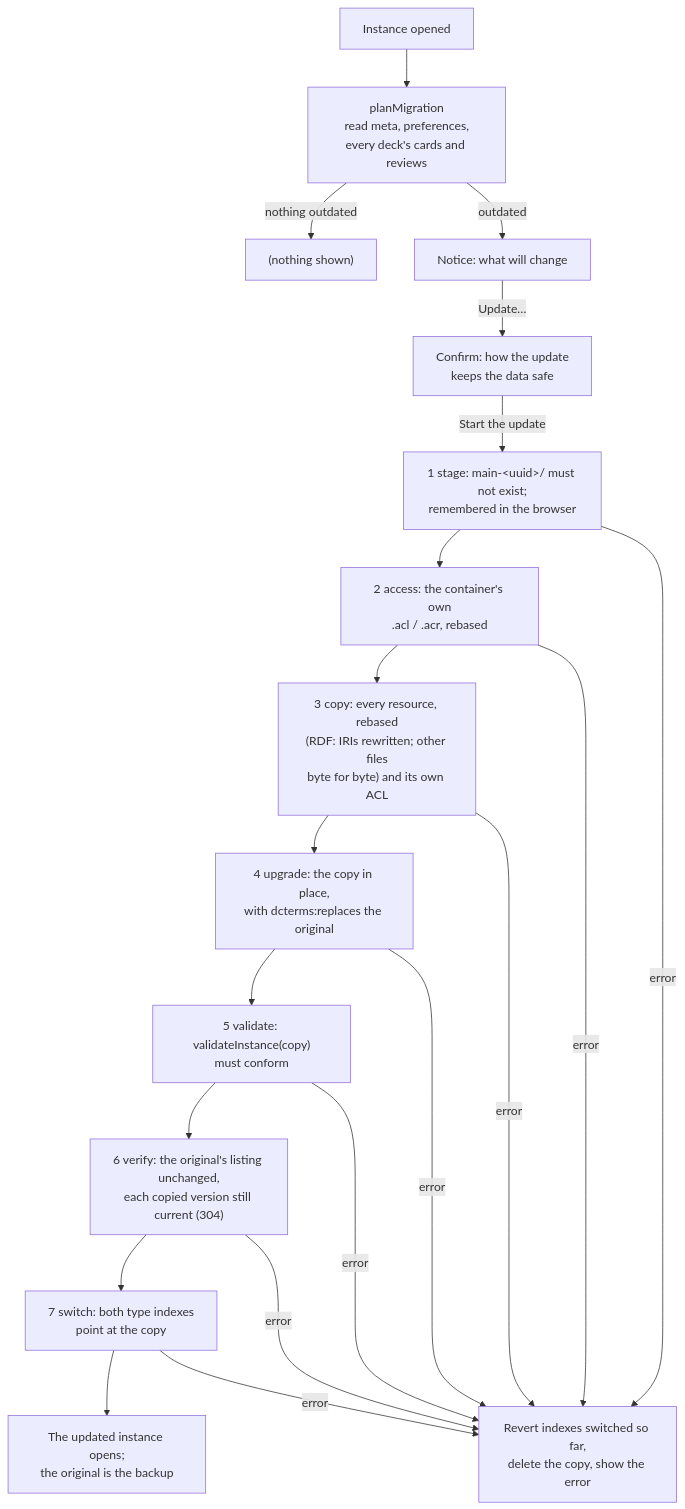
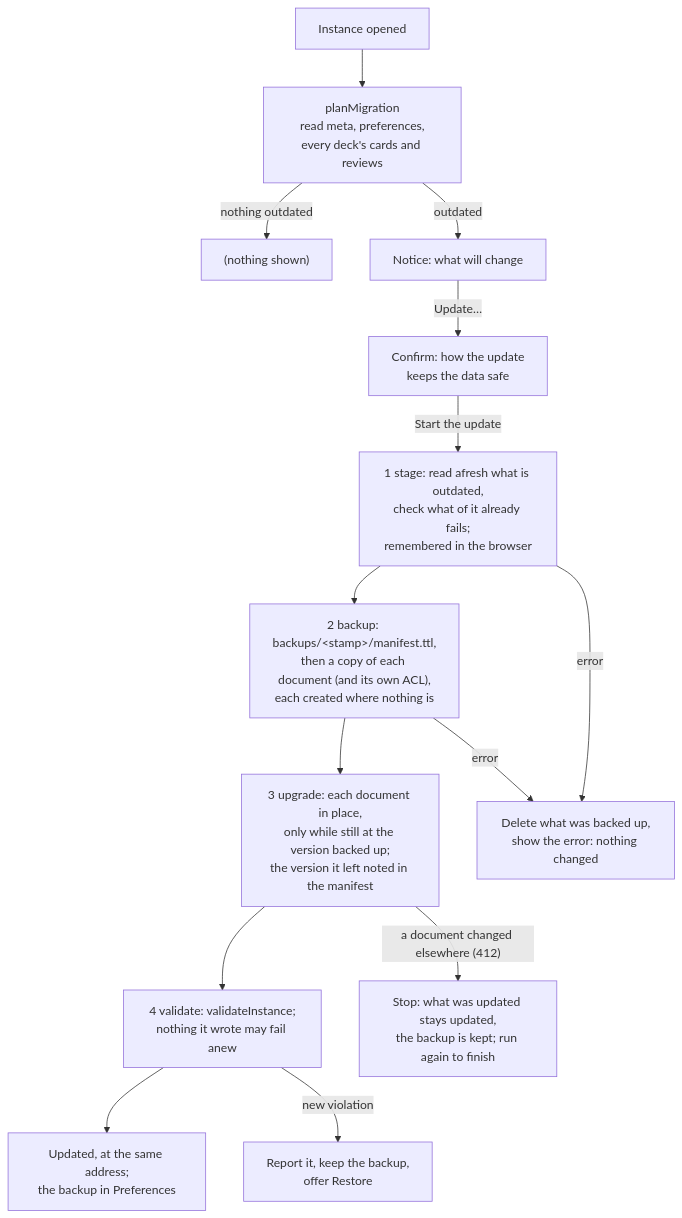
One commit to solid-memo/website changed the second of 3 diagrams in docs/migrations.md. Above: the diagram before and after it, drawn with Mermaid. The commit also changed other lines of this file and 84 other files, not shown here.

First line of the commit message:
Update an instance and upgrade a deck in place, keeping every URL

````diff
--- a/docs/migrations.md
+++ b/docs/migrations.md
@@ -250,16 +292,15 @@
 ```mermaid
 flowchart TD
     open["Instance opened"] --> plan["planMigration<br/>read meta, preferences,<br/>every deck's cards and reviews"]
     plan -->|nothing outdated| quiet["(nothing shown)"]
     plan -->|outdated| notice["Notice: what will change"]
     notice -->|Update…| confirm["Confirm: how the update<br/>keeps the data safe"]
-    confirm -->|Start the update| stage["1 stage: main-&lt;uuid&gt;/ must not exist;<br/>remembered in the browser"]
-    stage --> access["2 access: the container's own<br/>.acl / .acr, rebased"]
-    access --> copy["3 copy: every resource, rebased<br/>(RDF: IRIs rewritten; other files<br/>byte for byte) and its own ACL"]
-    copy --> upgrade["4 upgrade: the copy in place,<br/>with dcterms:replaces the original"]
-    upgrade --> validate["5 validate: validateInstance(copy)<br/>must conform"]
-    validate --> verify["6 verify: the original's listing unchanged,<br/>each copied version still current (304)"]
-    verify --> switch["7 switch: both type indexes<br/>point at the copy"]
-    switch --> done["The updated instance opens;<br/>the original is the backup"]
-    stage & access & copy & upgrade & validate & verify & switch -->|error| undo["Revert indexes switched so far,<br/>delete the copy, show the error"]
+    confirm -->|Start the update| stage["1 stage: read afresh what is outdated,<br/>check what of it already fails;<br/>remembered in the browser"]
+    stage --> backup["2 backup: backups/&lt;stamp&gt;/manifest.ttl,<br/>then a copy of each document (and its own ACL),<br/>each created where nothing is"]
+    backup --> upgrade["3 upgrade: each document in place,<br/>only while still at the version backed up;<br/>the version it left noted in the manifest"]
+    upgrade --> validate["4 validate: validateInstance;<br/>nothing it wrote may fail anew"]
+    validate --> done["Updated, at the same address;<br/>the backup in Preferences"]
+    stage & backup -->|error| clean["Delete what was backed up,<br/>show the error: nothing changed"]
+    upgrade -->|"a document changed elsewhere (412)"| partly["Stop: what was updated stays updated,<br/>the backup is kept; run again to finish"]
+    validate -->|new violation| offer["Report it, keep the backup,<br/>offer Restore"]
 ```
````
